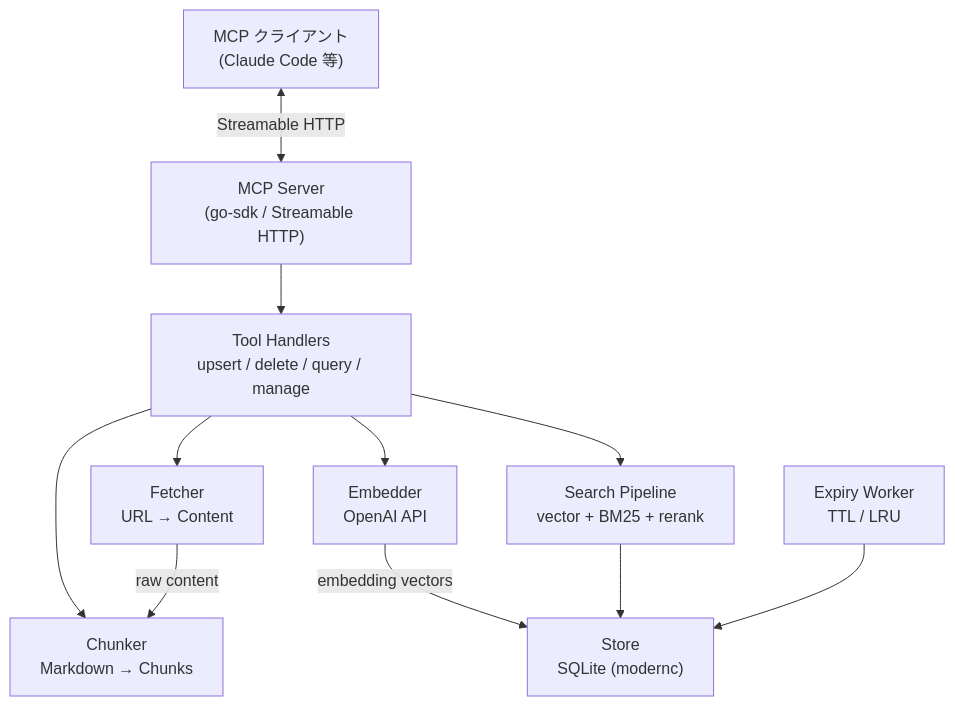
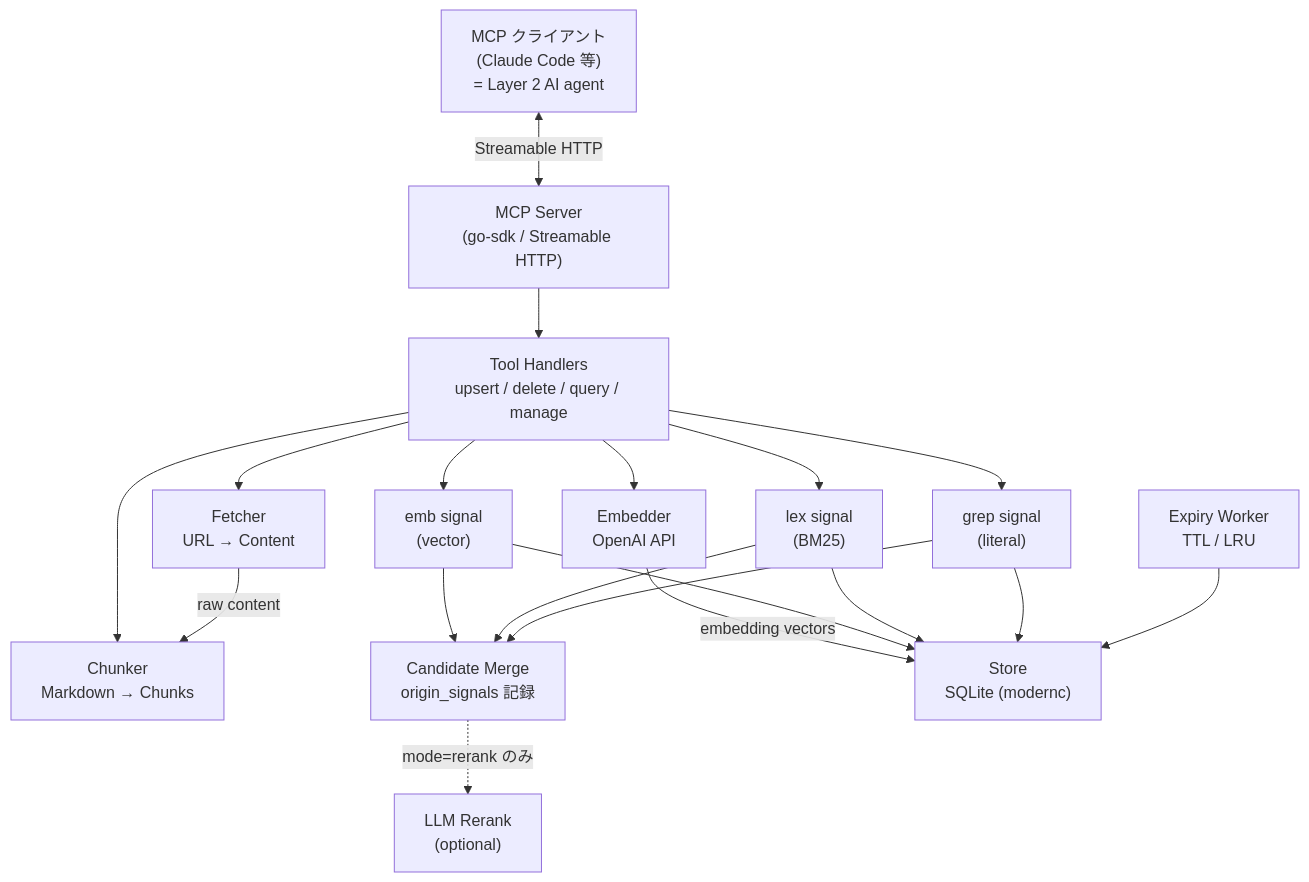
The first of 5 diagrams in docs/specs/base/design/DES-001_doc_db_mcp_server_design.md (BlueEventHorizon/doc-db-mcp-server), drawn with Mermaid before and after one commit. The commit also changed other lines of this file and 8 other files, not shown here.

First line of the commit message:
feat: v0.1.5 — PHIL-01 二層検索アーキ + 全文 GREP signal 導入

````diff
--- a/docs/specs/base/design/DES-001_doc_db_mcp_server_design.md
+++ b/docs/specs/base/design/DES-001_doc_db_mcp_server_design.md
@@ -19,23 +32,29 @@
 ```mermaid
 flowchart TB
-    Client["MCP クライアント\n(Claude Code 等)"]
+    Client["MCP クライアント\n(Claude Code 等)\n= Layer 2 AI agent"]
     Server["MCP Server\n(go-sdk / Streamable HTTP)"]
     Tools["Tool Handlers\nupsert / delete / query / manage"]
     Chunker["Chunker\nMarkdown → Chunks"]
     Embedder["Embedder\nOpenAI API"]
     Fetcher["Fetcher\nURL → Content"]
-    Search["Search Pipeline\nvector + BM25 + rerank"]
+    SearchEmb["emb signal\n(vector)"]
+    SearchLex["lex signal\n(BM25)"]
+    SearchGrep["grep signal\n(literal)"]
+    Rerank["LLM Rerank\n(optional)"]
+    Merge["Candidate Merge\norigin_signals 記録"]
     Store["Store\nSQLite (modernc)"]
     Expiry["Expiry Worker\nTTL / LRU"]
 
     Client <-->|"Streamable HTTP"| Server
     Server --> Tools
     Tools --> Chunker
     Tools --> Embedder
     Tools --> Fetcher
-    Tools --> Search
+    Tools --> SearchEmb & SearchLex & SearchGrep
+    SearchEmb & SearchLex & SearchGrep --> Merge
+    Merge -.->|"mode=rerank のみ"| Rerank
     Embedder -->|"embedding vectors"| Store
     Fetcher -->|"raw content"| Chunker
-    Search --> Store
+    SearchEmb & SearchLex & SearchGrep --> Store
     Expiry --> Store
 ```
````
